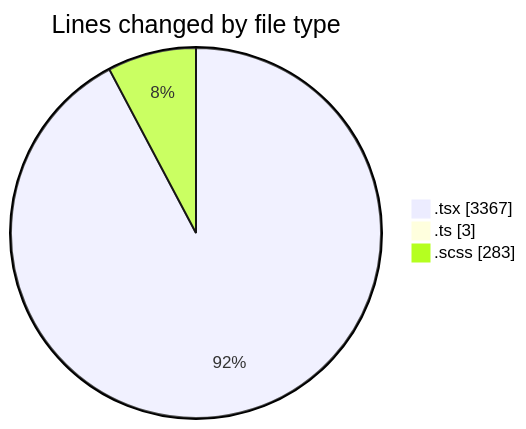
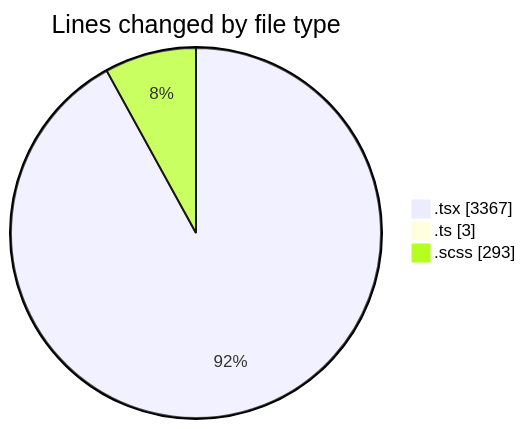
One commit to momahboobian/code-tracking changed the first of 2 diagrams in 2025-11-17/cda/README.md. Above: the diagram before and after it, drawn with Mermaid. The commit also changed other lines of this file and 1 other file, not shown here.

````diff
--- a/2025-11-17/cda/README.md
+++ b/2025-11-17/cda/README.md
@@ -26,7 +26,7 @@
 ```mermaid
 pie showData
 title Lines changed by file type
 ".tsx" : 3367
 ".ts" : 3
-".scss" : 283
+".scss" : 293
 ```
````
